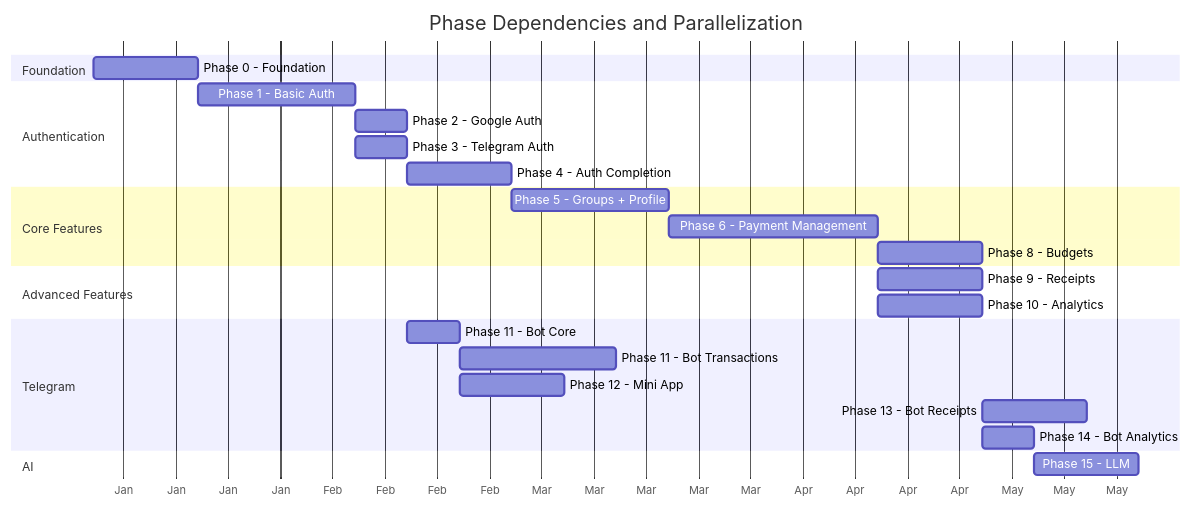
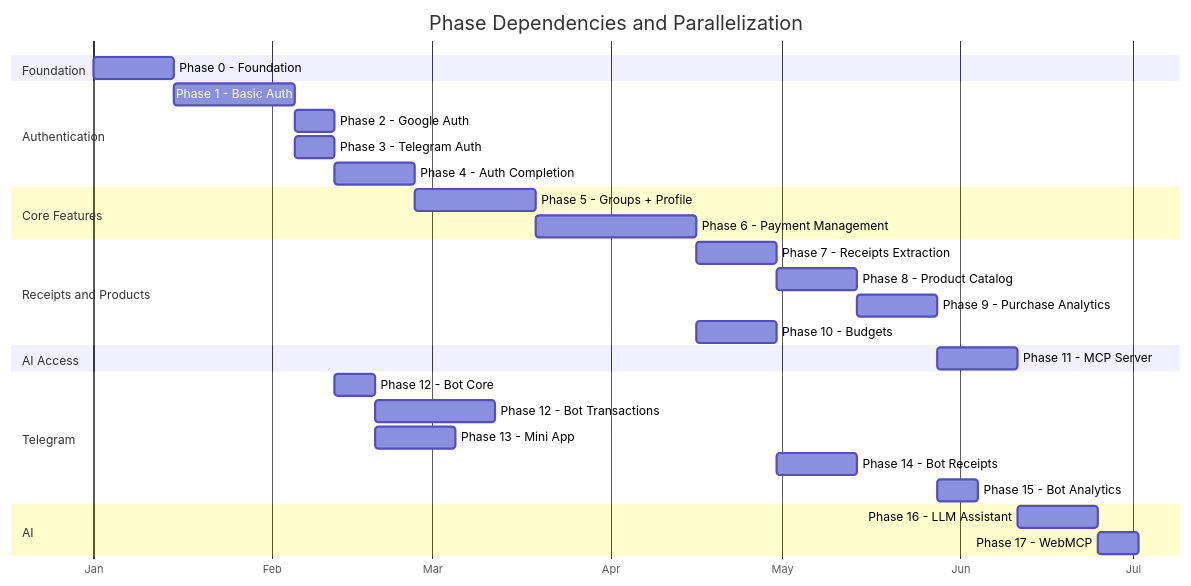
The sixth of 6 diagrams in IMPLEMENTATION-PLAN.md (Aleksei-Michnik/myfinpro), drawn with Mermaid before and after one commit. The commit also changed other lines of this file and 2 other files, not shown here.

First line of the commit message:
docs(re-plan): restructure phases 7-17 around receipts, product catalog, MCP

````diff
--- a/IMPLEMENTATION-PLAN.md
+++ b/IMPLEMENTATION-PLAN.md
@@ -906,34 +1009,39 @@
 ```mermaid
 gantt
     title Phase Dependencies and Parallelization
     dateFormat YYYY-MM-DD
     axisFormat %b
 
     section Foundation
     Phase 0 - Foundation           :p0, 2025-01-01, 14d
 
     section Authentication
     Phase 1 - Basic Auth           :p1, after p0, 21d
     Phase 2 - Google Auth          :p2, after p1, 7d
     Phase 3 - Telegram Auth        :p3, after p1, 7d
     Phase 4 - Auth Completion      :p4, after p3, 14d
 
     section Core Features
     Phase 5 - Groups + Profile     :p5, after p4, 21d
     Phase 6 - Payment Management   :p6, after p5, 28d
-    Phase 8 - Budgets              :p8, after p6, 14d
 
-    section Advanced Features
-    Phase 9 - Receipts             :p9, after p6, 14d
-    Phase 10 - Analytics           :p10, after p6, 14d
+    section Receipts and Products
+    Phase 7 - Receipts Extraction  :p7, after p6, 14d
+    Phase 8 - Product Catalog      :p8, after p7, 14d
+    Phase 9 - Purchase Analytics   :p9, after p8, 14d
+    Phase 10 - Budgets             :p10, after p6, 14d
+
+    section AI Access
+    Phase 11 - MCP Server          :p11, after p9, 14d
 
     section Telegram
-    Phase 11 - Bot Core            :p11a, after p3, 7d
-    Phase 11 - Bot Transactions    :p11b, after p11a, 21d
-    Phase 12 - Mini App            :p12, after p11a, 14d
-    Phase 13 - Bot Receipts        :p13, after p9, 14d
-    Phase 14 - Bot Analytics       :p14, after p10, 7d
+    Phase 12 - Bot Core            :p12a, after p3, 7d
+    Phase 12 - Bot Transactions    :p12b, after p12a, 21d
+    Phase 13 - Mini App            :p13, after p12a, 14d
+    Phase 14 - Bot Receipts        :p14, after p7, 14d
+    Phase 15 - Bot Analytics       :p15, after p9, 7d
 
     section AI
-    Phase 15 - LLM                 :p15, after p14, 14d
+    Phase 16 - LLM Assistant       :p16, after p11, 14d
+    Phase 17 - WebMCP              :p17, after p16, 7d
 ```
````
